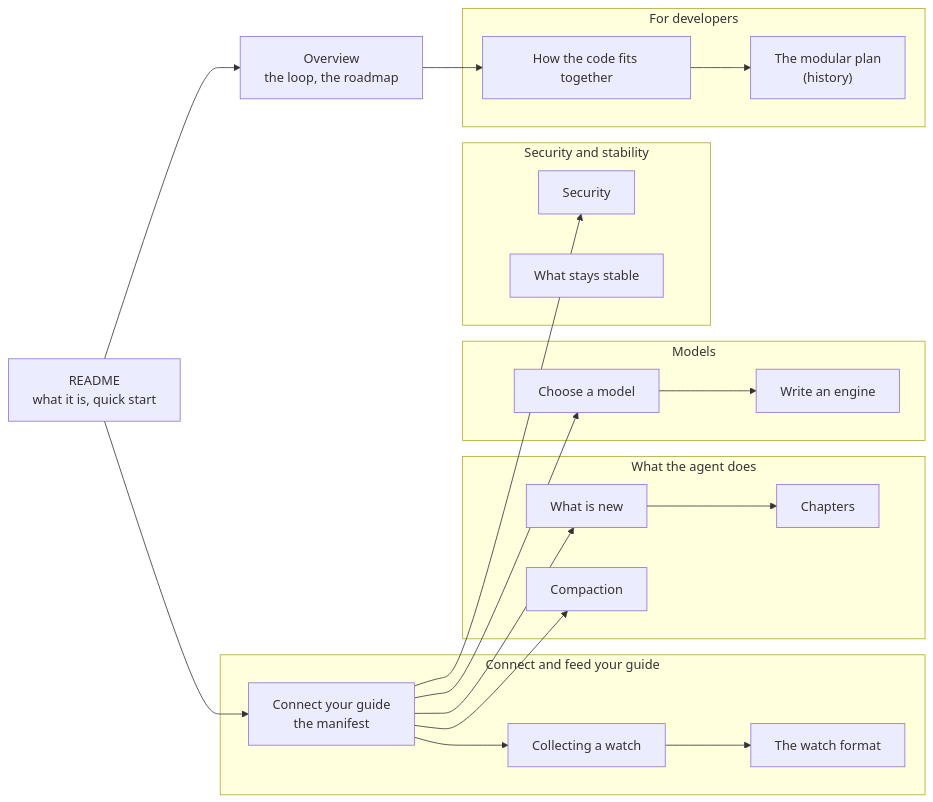
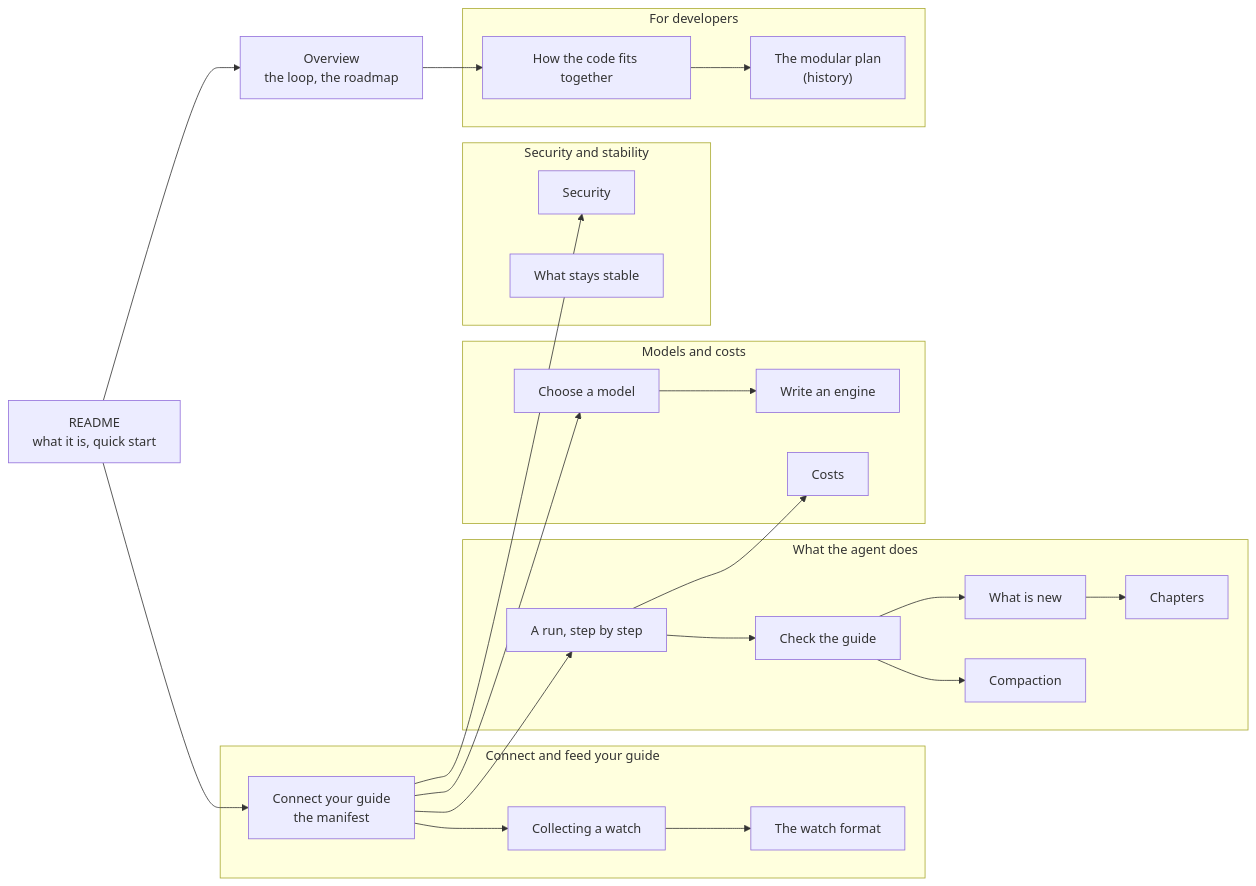
The diagram in docs/README.md (DamienBecherini/vault-watch-agent), drawn with Mermaid before and after one commit. The commit also changed other lines of this file and 10 other files, not shown here.

Commit message:
Docs: three new pages, in English and French: a run step by step, check the guide, costs; linked from the index and the READMEs

````diff
--- a/docs/README.md
+++ b/docs/README.md
@@ -9,28 +9,32 @@
 ```mermaid
 flowchart LR
   readme["README<br/>what it is, quick start"] --> overview["Overview<br/>the loop, the roadmap"]
   readme --> connect
   subgraph start["Connect and feed your guide"]
     connect["Connect your guide<br/>the manifest"] --> collect["Collecting a watch"]
     collect --> format["The watch format"]
   end
   subgraph agent["What the agent does"]
-    news["What is new"] --> chapters["Chapters"]
-    compact["Compaction"]
+    run["A run, step by step"]
+    check["Check the guide"] --> news["What is new"]
+    check --> compact["Compaction"]
+    news --> chapters["Chapters"]
   end
-  subgraph models["Models"]
+  subgraph models["Models and costs"]
     model["Choose a model"] --> engine["Write an engine"]
+    costs["Costs"]
   end
   subgraph trust["Security and stability"]
     security["Security"]
     stable["What stays stable"]
   end
   subgraph dev["For developers"]
     code["How the code fits together"] --> plan["The modular plan<br/>(history)"]
   end
-  connect --> news
-  connect --> compact
+  connect --> run
+  run --> check
+  run --> costs
   connect --> model
   connect --> security
   overview --> code
 ```
````
